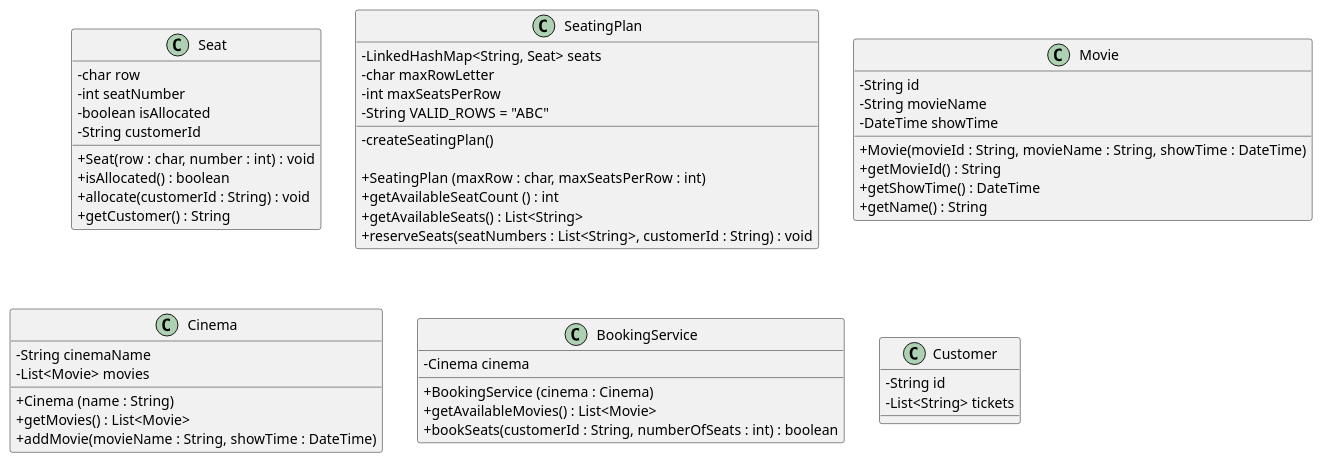
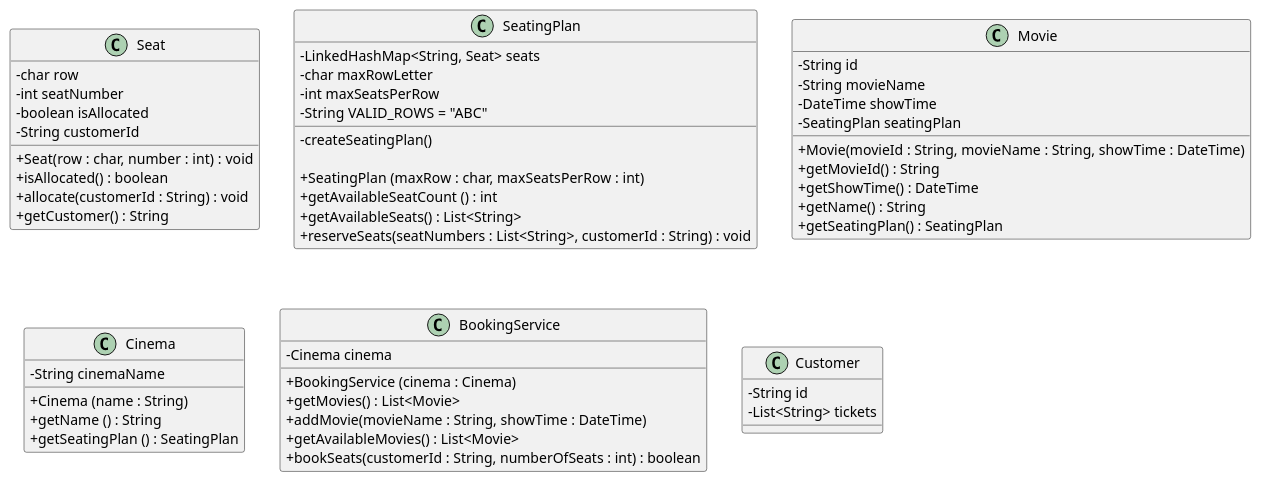
One commit to probert999/cinnamon-cinema changed the diagram in uml/CinnamonCinema.puml. Above: the diagram before and after it, drawn with PlantUML. The commit also changed 12 other files, not shown here.

```diff
--- a/uml/CinnamonCinema.puml
+++ b/uml/CinnamonCinema.puml
@@ -1,64 +1,67 @@
 @startuml
 skinparam classAttributeIconSize 0
 
 class Seat {
     - char row
     - int seatNumber
     - boolean isAllocated
     - String customerId
 
     + Seat(row : char, number : int) : void
     + isAllocated() : boolean
     + allocate(customerId : String) : void
     + getCustomer() : String
 }
 
 class SeatingPlan {
     - LinkedHashMap<String, Seat> seats
     - char maxRowLetter
     - int maxSeatsPerRow
     - String VALID_ROWS = "ABC"
 
     - createSeatingPlan()
 
     + SeatingPlan (maxRow : char, maxSeatsPerRow : int)
     + getAvailableSeatCount () : int
     + getAvailableSeats() : List<String>
     + reserveSeats(seatNumbers : List<String>, customerId : String) : void
 }
 
 class Movie {
     - String id
     - String movieName
     - DateTime showTime
+    - SeatingPlan seatingPlan
 
     + Movie(movieId : String, movieName : String, showTime : DateTime)
     + getMovieId() : String
     + getShowTime() : DateTime
     + getName() : String
+    + getSeatingPlan() : SeatingPlan
 }
 
 class Cinema {
     - String cinemaName
-    - List<Movie> movies
 
     + Cinema (name : String)
-    + getMovies() : List<Movie>
-    + addMovie(movieName : String, showTime : DateTime)
+    + getName () : String
+    + getSeatingPlan () : SeatingPlan
 }
 
 class BookingService {
     - Cinema cinema
 
     + BookingService (cinema : Cinema)
+    + getMovies() : List<Movie>
+    + addMovie(movieName : String, showTime : DateTime)
     + getAvailableMovies() : List<Movie>
     + bookSeats(customerId : String, numberOfSeats : int) : boolean
 }
 
 class Customer {
     - String id
     - List<String> tickets
 }
 
 
 @enduml
```
